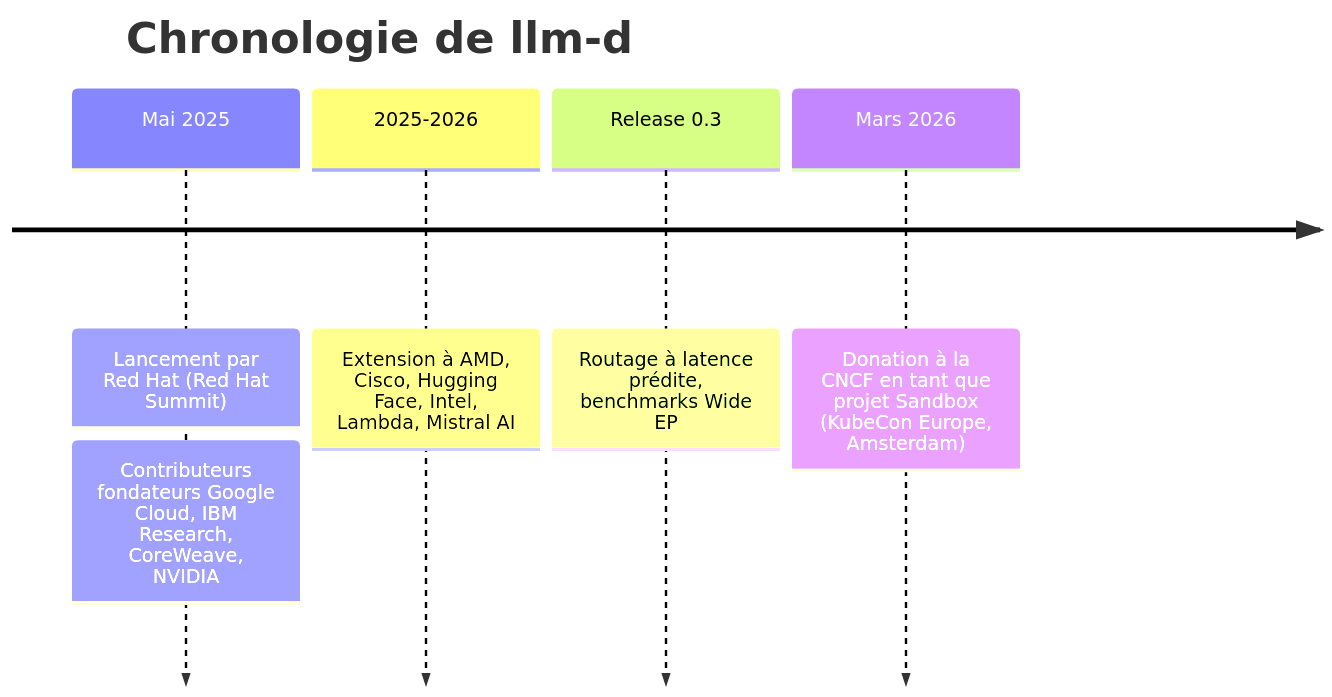
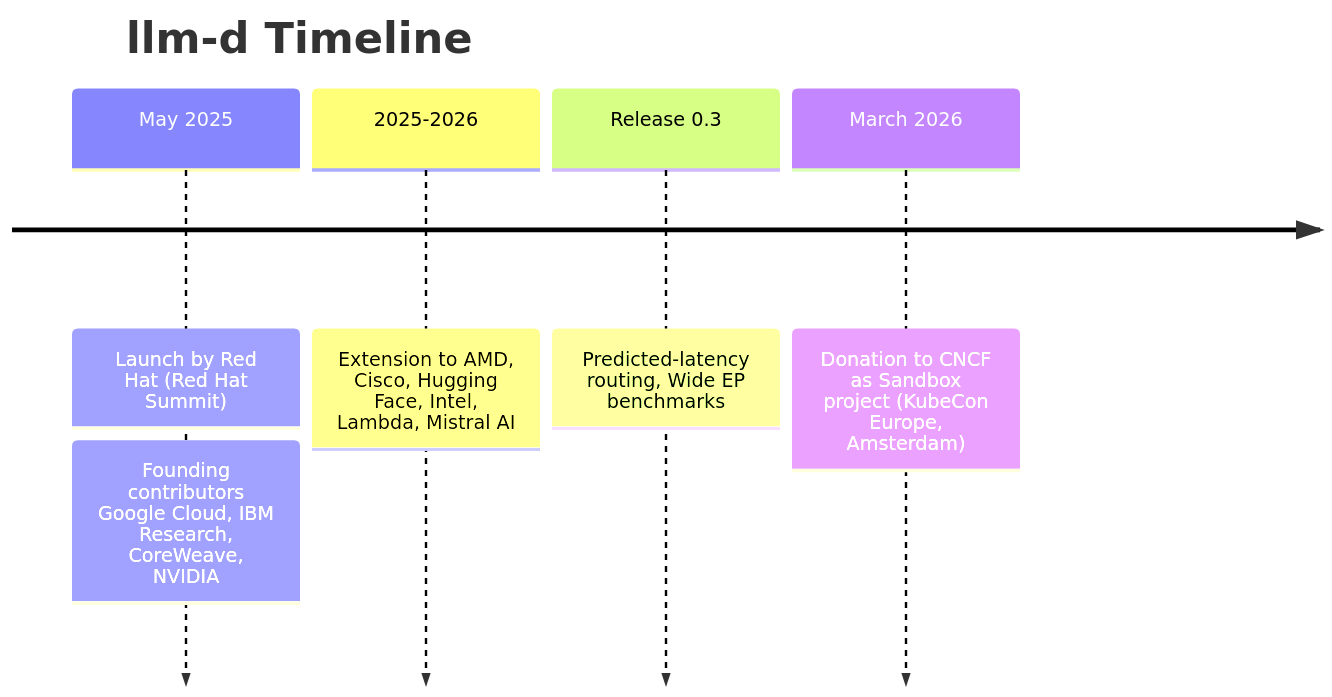
One commit to ADORSYS-GIS/Custom-Ai-Ops changed the third of 26 diagrams in docs/explain/llm-d.md. Above: the diagram before and after it, drawn with Mermaid. The commit also changed other lines of this file, not shown here.

Commit message:
feat(Custom-AI-Ops): llm-d explaind and  full implementation

````diff
--- a/docs/explain/llm-d.md
+++ b/docs/explain/llm-d.md
@@ -139,9 +139,9 @@
 ```mermaid
 timeline
-    title Chronologie de llm-d
-    Mai 2025 : Lancement par Red Hat (Red Hat Summit)
-             : Contributeurs fondateurs Google Cloud, IBM Research, CoreWeave, NVIDIA
-    2025-2026 : Extension à AMD, Cisco, Hugging Face, Intel, Lambda, Mistral AI
-    Release 0.3 : Routage à latence prédite, benchmarks Wide EP
-    Mars 2026 : Donation à la CNCF en tant que projet Sandbox (KubeCon Europe, Amsterdam)
+    title llm-d Timeline
+    May 2025 : Launch by Red Hat (Red Hat Summit)
+             : Founding contributors Google Cloud, IBM Research, CoreWeave, NVIDIA
+    2025-2026 : Extension to AMD, Cisco, Hugging Face, Intel, Lambda, Mistral AI
+    Release 0.3 : Predicted-latency routing, Wide EP benchmarks
+    March 2026 : Donation to CNCF as Sandbox project (KubeCon Europe, Amsterdam)
 ```
````
